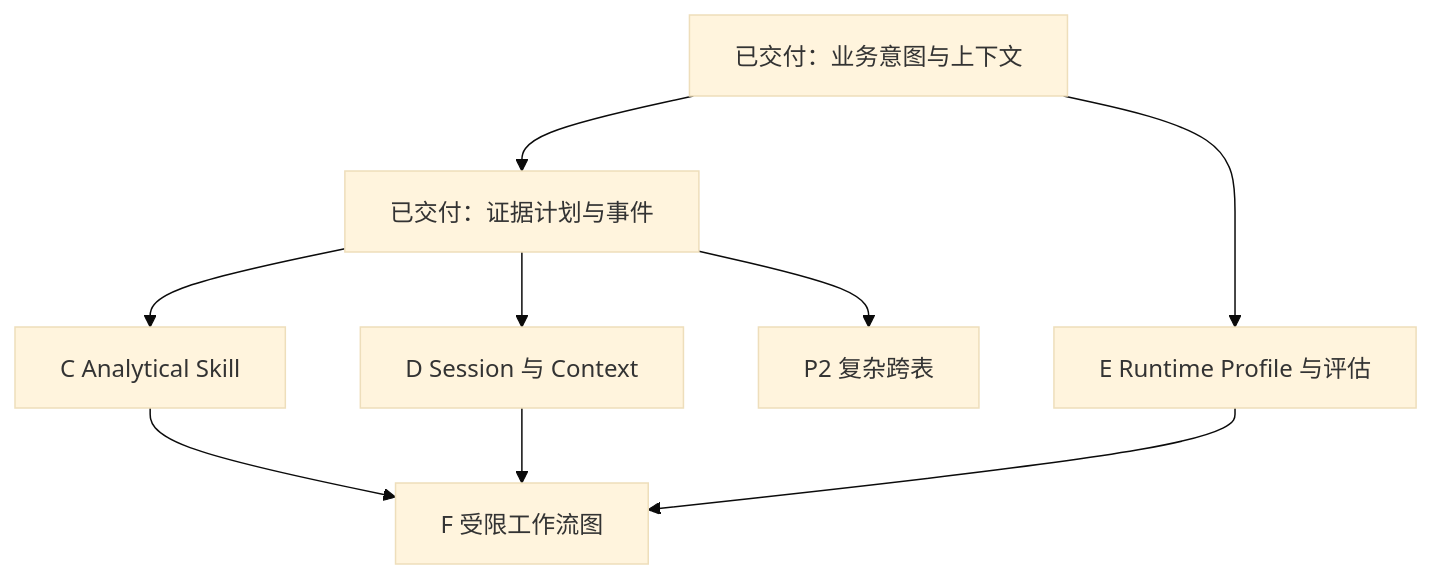
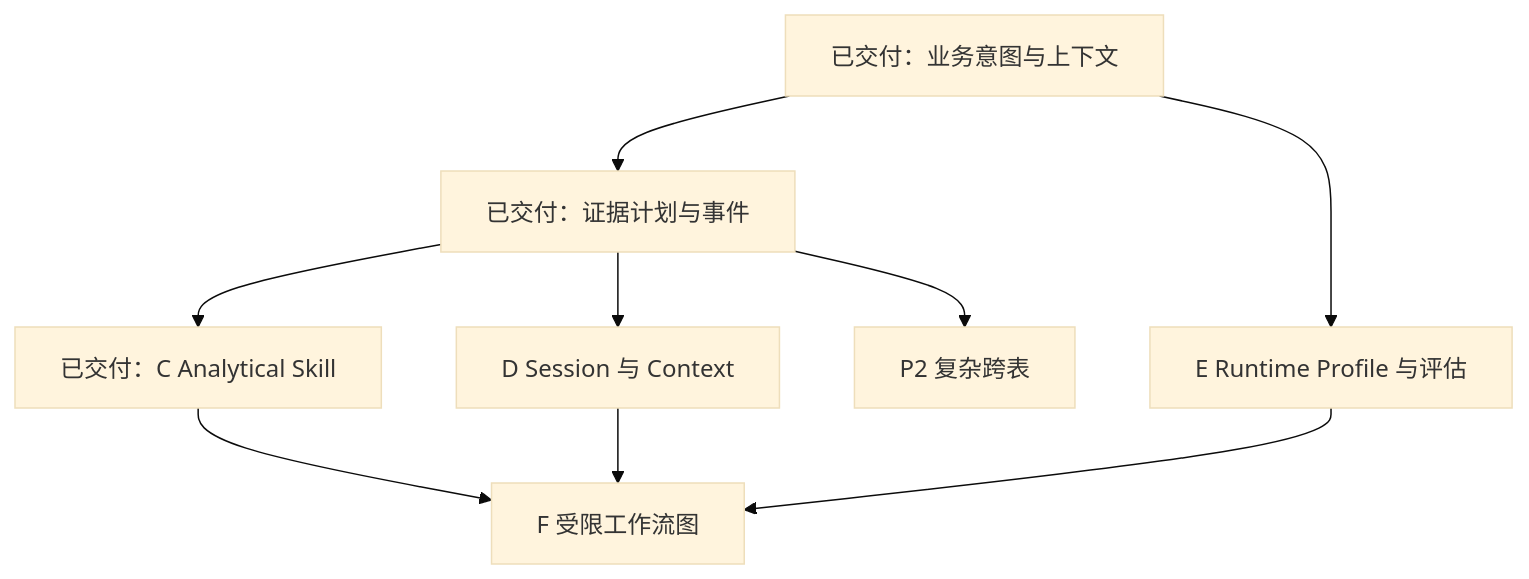
Before and after one commit to LeoSasion/ontology-frontend-framework-type-c: the second of 2 diagrams in docs/development-roadmap.md, drawn with Mermaid (base theme). The commit also changed other lines of this file and 35 other files, not shown here.

Commit message:
Complete stage C analytical skill runtime

````diff
--- a/docs/development-roadmap.md
+++ b/docs/development-roadmap.md
@@ -211,11 +198,11 @@
 ```mermaid
 flowchart TD
   A["已交付：业务意图与上下文"] --> B["已交付：证据计划与事件"]
-  B --> C["C Analytical Skill"]
+  B --> C["已交付：C Analytical Skill"]
   B --> D["D Session 与 Context"]
   A --> E["E Runtime Profile 与评估"]
   C --> F["F 受限工作流图"]
   D --> F
   E --> F
   B --> X["P2 复杂跨表"]
 ```
````
